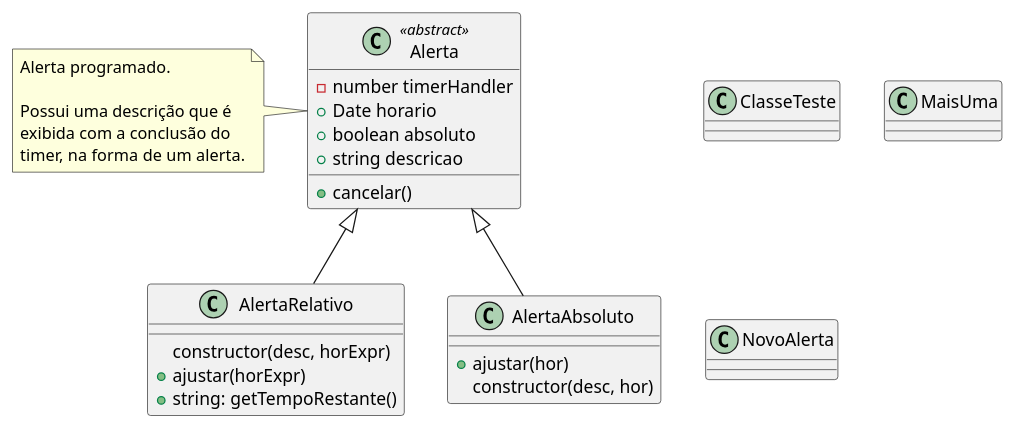
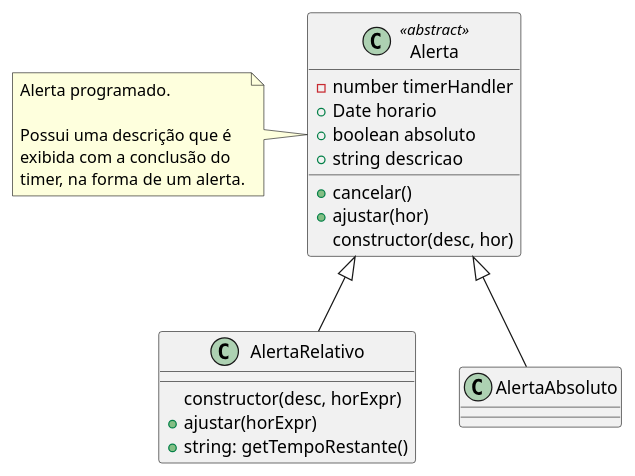
One commit to ruipimentel/plantuml-demo changed the diagram in classes.puml. Above: the diagram before and after it, drawn with PlantUML. The commit also changed 1 other file, not shown here.

Commit message:
remove classe alerta absoluto

```diff
--- a/classes.puml
+++ b/classes.puml
@@ -1,40 +1,25 @@
 @startuml "Classes"
 
 top to bottom direction
-
-class ClasseTeste {
-
-}
-
-class MaisUma {
-
-}
 
 class Alerta <<abstract>> {
   - number timerHandler
   + Date horario
   + boolean absoluto
   + string descricao
   + cancelar()
+  + ajustar(hor)
+  constructor(desc, hor)
 }
 note left of Alerta : Alerta programado.\n\nPossui uma descrição que é\nexibida com a conclusão do\ntimer, na forma de um alerta.
 
 class AlertaRelativo {
   constructor(desc, horExpr)
   + ajustar(horExpr)
   + string: getTempoRestante()
 }
 
-class AlertaAbsoluto {
-  + ajustar(hor)
-  constructor(desc, hor)
-}
-
-class NovoAlerta {
-
-}
-
 Alerta <|-- AlertaRelativo
 Alerta <|-- AlertaAbsoluto
 
 @enduml
```
